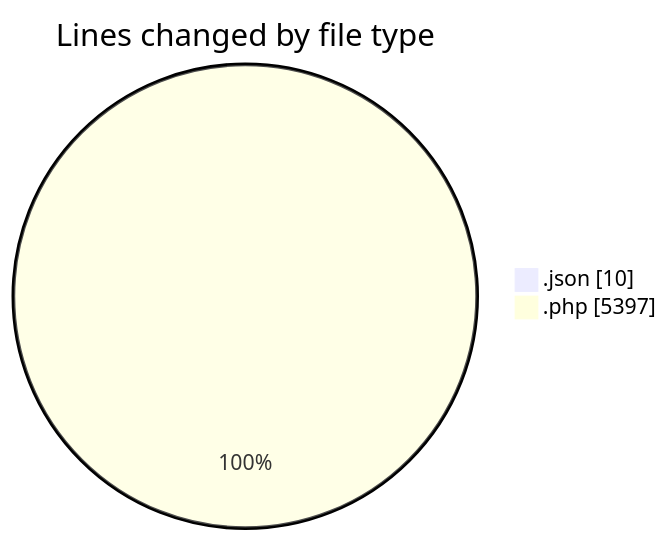
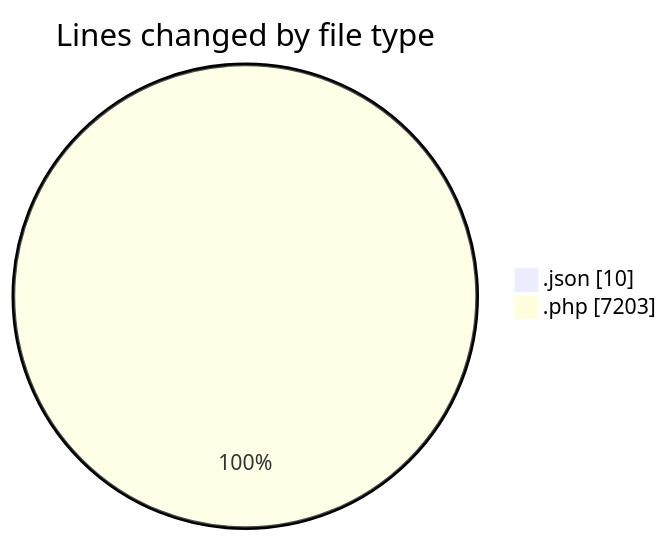
One commit to debugP/code-tracking changed the first of 2 diagrams in 2025-10-16/untitled__workspace_/README.md. Above: the diagram before and after it, drawn with Mermaid. The commit also changed other lines of this file and 1 other file, not shown here.

````diff
--- a/2025-10-16/untitled__workspace_/README.md
+++ b/2025-10-16/untitled__workspace_/README.md
@@ -21,6 +22,6 @@
 ```mermaid
 pie showData
 title Lines changed by file type
 ".json" : 10
-".php" : 5397
+".php" : 7203
 ```
````
